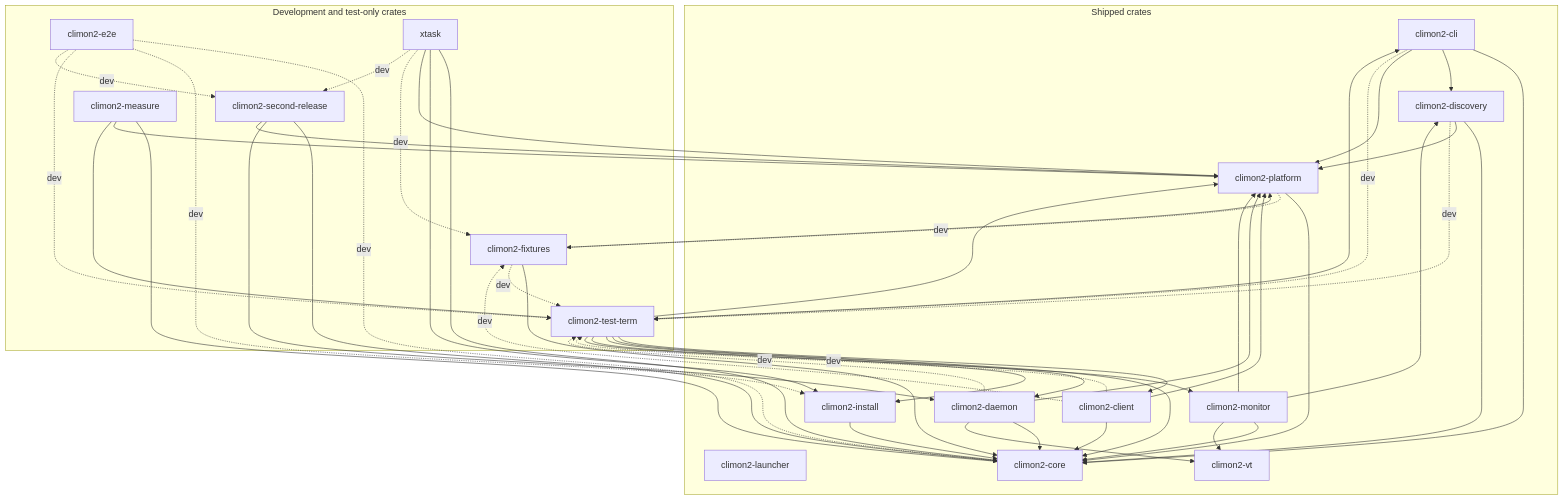
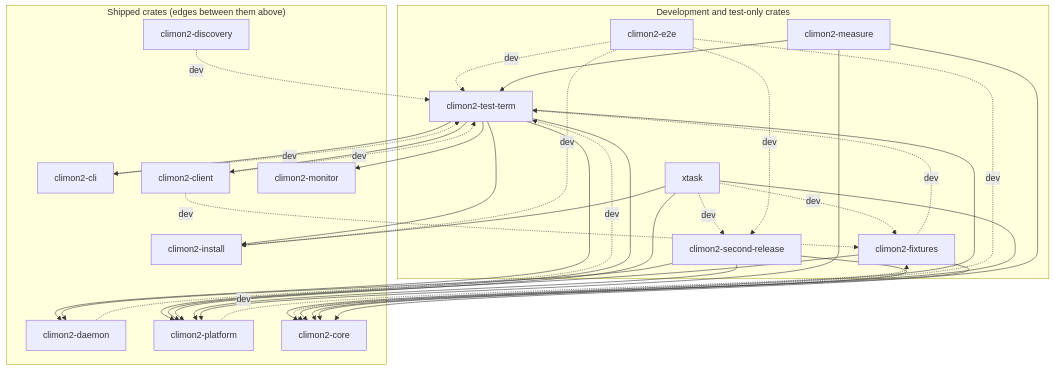
One commit to jackgeek/climon2 changed the second of 2 diagrams in docs/crate-relationships.md. Above: the diagram before and after it, drawn with Mermaid. The commit also changed other lines of this file and 1 other file, not shown here.

First line of the commit message:
Split the crate diagram into shipped and development views

````diff
--- a/docs/crate-relationships.md
+++ b/docs/crate-relationships.md
@@ -10,74 +50,54 @@
 ```mermaid
 flowchart TB
-    subgraph shipped["Shipped crates"]
-        launcher["climon2-launcher"]
+    subgraph development["Development and test-only crates"]
+        test_term["climon2-test-term"]
+        e2e["climon2-e2e"]
+        fixtures["climon2-fixtures"]
+        xtask["xtask"]
+        second["climon2-second-release"]
+        measure["climon2-measure"]
+    end
+
+    subgraph shipped["Shipped crates (edges between them above)"]
         cli["climon2-cli"]
         discovery["climon2-discovery"]
         client["climon2-client"]
         daemon["climon2-daemon"]
         install["climon2-install"]
         monitor["climon2-monitor"]
         platform["climon2-platform"]
         core["climon2-core"]
-        vt["climon2-vt"]
-
-        cli --> core
-        cli --> discovery
-        cli --> platform
-        discovery --> core
-        discovery --> platform
-        client --> core
-        client --> platform
-        daemon --> core
-        daemon --> platform
-        daemon --> vt
-        install --> core
-        monitor --> core
-        monitor --> discovery
-        monitor --> platform
-        monitor --> vt
-        platform --> core
-    end
-
-    subgraph development["Development and test-only crates"]
-        test_term["climon2-test-term"]
-        e2e["climon2-e2e"]
-        fixtures["climon2-fixtures"]
-        xtask["xtask"]
-        second["climon2-second-release"]
-        measure["climon2-measure"]
     end
 
     cli -.->|"dev"| test_term
     discovery -.->|"dev"| test_term
     client -.->|"dev"| test_term
     daemon -.->|"dev"| test_term
     test_term --> cli
     test_term --> client
     test_term --> core
     test_term --> daemon
     test_term --> install
     test_term --> monitor
     test_term --> platform
     e2e -.->|"dev"| core
     e2e -.->|"dev"| install
     e2e -.->|"dev"| test_term
     fixtures --> core
     fixtures --> platform
     fixtures -.->|"dev"| test_term
     platform -.->|"dev"| fixtures
     client -.->|"dev"| fixtures
     xtask --> core
     xtask --> install
     xtask --> platform
     xtask -.->|"dev"| fixtures
     xtask -.->|"dev"| second
     e2e -.->|"dev"| second
     second --> core
     second --> daemon
     second --> platform
     measure --> core
     measure --> platform
     measure --> test_term
-
 ```
````
